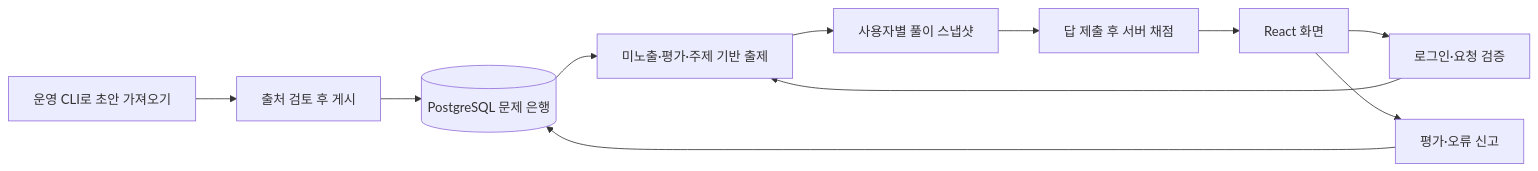
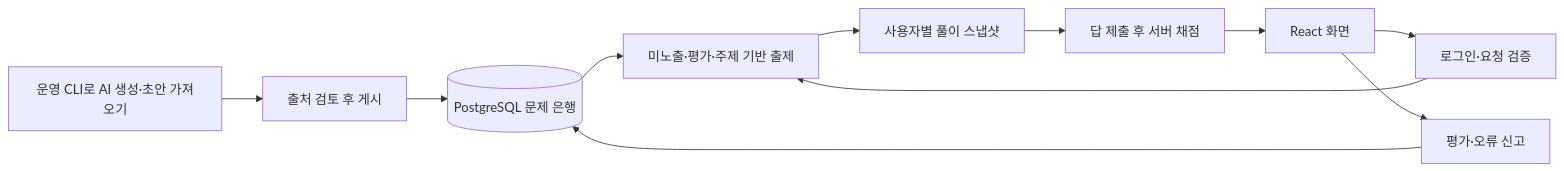
The diagram in docs/architecture.md (Myuceller/QuizOneBite), drawn with Mermaid before and after one commit. The commit also changed other lines of this file and 17 other files, not shown here.

````diff
--- a/docs/architecture.md
+++ b/docs/architecture.md
@@ -7,13 +7,13 @@
 ```mermaid
 flowchart LR
-  IMPORT[운영 CLI로 초안 가져오기] --> REVIEW[출처 검토 후 게시]
+  IMPORT[운영 CLI로 AI 생성·초안 가져오기] --> REVIEW[출처 검토 후 게시]
   REVIEW --> BANK[(PostgreSQL 문제 은행)]
   UI[React 화면] --> API[로그인·요청 검증]
   API --> SELECT[미노출·평가·주제 기반 출제]
   BANK --> SELECT
   SELECT --> SNAPSHOT[사용자별 풀이 스냅샷]
   SNAPSHOT --> GRADE[답 제출 후 서버 채점]
   GRADE --> UI
   UI --> FEEDBACK[평가·오류 신고]
   FEEDBACK --> BANK
 ```
````
